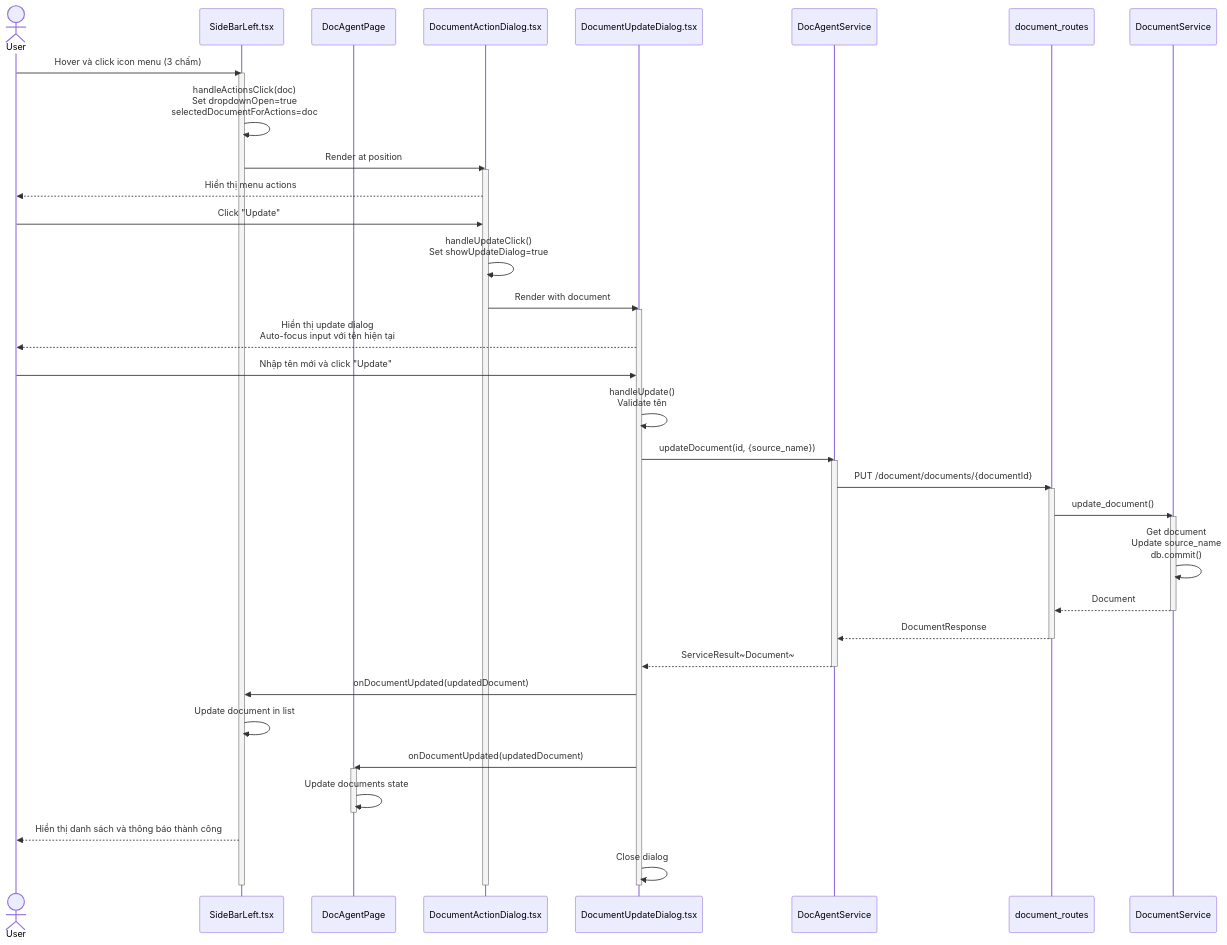
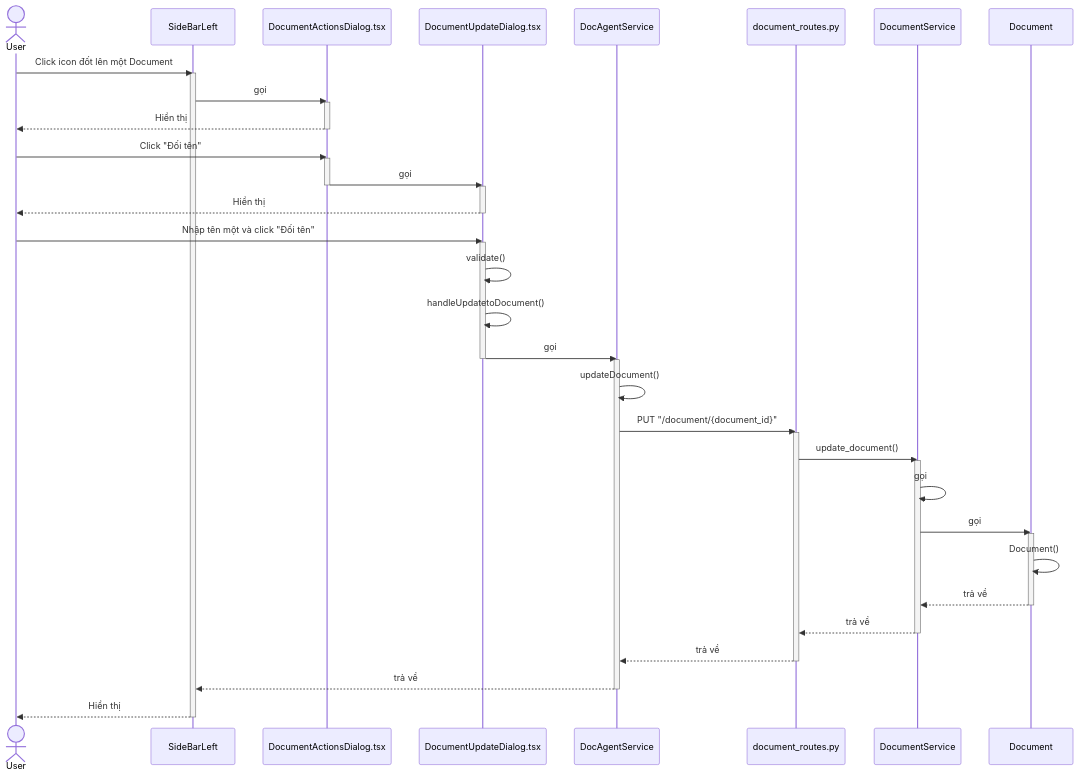
The third of 4 diagrams in document/4_document_management_seq.md (mduc-2610/gp_doc), drawn with Mermaid before and after one commit. The commit also changed other lines of this file and 34 other files, not shown here.

````diff
--- a/document/4_document_management_seq.md
+++ b/document/4_document_management_seq.md
@@ -314,67 +131,64 @@
 ```mermaid
 sequenceDiagram
     actor User
-    participant SideBarLeft as SideBarLeft.tsx
-    participant DocAgentPage as DocAgentPage
-    participant DocumentActionDialog as DocumentActionDialog.tsx
+    participant SideBarLeft as SideBarLeft
+    participant DocumentActionsDialog as DocumentActionsDialog.tsx
     participant DocumentUpdateDialog as DocumentUpdateDialog.tsx
     participant DocAgentService as DocAgentService
-    participant DocumentRoutes as document_routes
+    participant DocumentRoutes as document_routes.py
     participant DocumentService as DocumentService
+    participant Document as Document
 
-    User->>SideBarLeft: Hover và click icon menu (3 chấm)
+    User->>SideBarLeft: Click icon đốt lên một Document
     activate SideBarLeft
     
-    SideBarLeft->>SideBarLeft: handleActionsClick(doc)<br/>Set dropdownOpen=true<br/>selectedDocumentForActions=doc
+    SideBarLeft->>DocumentActionsDialog: gọi
+    activate DocumentActionsDialog
+    DocumentActionsDialog-->>User: Hiển thị
+    deactivate DocumentActionsDialog
     
-    SideBarLeft->>DocumentActionDialog: Render at position
-    activate DocumentActionDialog
+    User->>DocumentActionsDialog: Click "Đối tên"
+    activate DocumentActionsDialog
     
-    DocumentActionDialog-->>User: Hiển thị menu actions
+    DocumentActionsDialog->>DocumentUpdateDialog: gọi
+    deactivate DocumentActionsDialog
+    activate DocumentUpdateDialog
+    DocumentUpdateDialog-->>User: Hiển thị
+    deactivate DocumentUpdateDialog
     
-    User->>DocumentActionDialog: Click "Update"
-    DocumentActionDialog->>DocumentActionDialog: handleUpdateClick()<br/>Set showUpdateDialog=true
-    
-    DocumentActionDialog->>DocumentUpdateDialog: Render with document
+    User->>DocumentUpdateDialog: Nhập tên một và click "Đối tên"
     activate DocumentUpdateDialog
     
-    DocumentUpdateDialog-->>User: Hiển thị update dialog<br/>Auto-focus input với tên hiện tại
-    
-    User->>DocumentUpdateDialog: Nhập tên mới và click "Update"
-    DocumentUpdateDialog->>DocumentUpdateDialog: handleUpdate()<br/>Validate tên
-    
-    DocumentUpdateDialog->>DocAgentService: updateDocument(id, {source_name})
+    DocumentUpdateDialog->>DocumentUpdateDialog: validate()
+    DocumentUpdateDialog->>DocumentUpdateDialog: handleUpdatetoDocument()
+    DocumentUpdateDialog->>DocAgentService: gọi
+    deactivate DocumentUpdateDialog
     activate DocAgentService
     
-    DocAgentService->>DocumentRoutes: PUT /document/documents/{documentId}
+    DocAgentService->>DocAgentService: updateDocument()
+    DocAgentService->>DocumentRoutes: PUT "/document/{document_id}"
     activate DocumentRoutes
     
     DocumentRoutes->>DocumentService: update_document()
     activate DocumentService
     
-    DocumentService->>DocumentService: Get document<br/>Update source_name<br/>db.commit()
+    DocumentService->>DocumentService: gọi
+    DocumentService->>Document: gọi
+    activate Document
     
-    DocumentService-->>DocumentRoutes: Document
+    Document->>Document: Document()
+    Document-->>DocumentService: trả về
+    deactivate Document
+    
+    DocumentService-->>DocumentRoutes: trả về
     deactivate DocumentService
     
-    DocumentRoutes-->>DocAgentService: DocumentResponse
+    DocumentRoutes-->>DocAgentService: trả về
     deactivate DocumentRoutes
     
-    DocAgentService-->>DocumentUpdateDialog: ServiceResult~Document~
+    DocAgentService-->>SideBarLeft: trả về
     deactivate DocAgentService
     
-    DocumentUpdateDialog->>SideBarLeft: onDocumentUpdated(updatedDocument)
-    SideBarLeft->>SideBarLeft: Update document in list
-    
-    DocumentUpdateDialog->>DocAgentPage: onDocumentUpdated(updatedDocument)
-    activate DocAgentPage
-    DocAgentPage->>DocAgentPage: Update documents state
-    deactivate DocAgentPage
-    
-    SideBarLeft-->>User: Hiển thị danh sách và thông báo thành công
-    
-    DocumentUpdateDialog->>DocumentUpdateDialog: Close dialog
-    deactivate DocumentUpdateDialog
-    deactivate DocumentActionDialog
+    SideBarLeft-->>User: Hiển thị
     deactivate SideBarLeft
 ```
````
